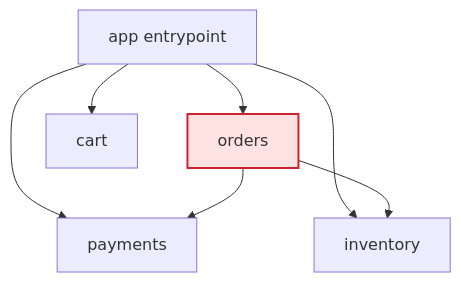
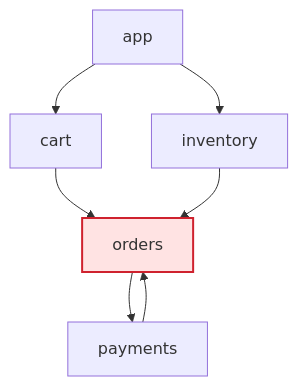
The second of 3 diagrams in examples/orders-service/index.md (sina-heidariaan/tornhill), drawn with Mermaid before and after one commit. The commit also changed other lines of this file and 11 other files, not shown here.

First line of the commit message:
feat: architecture engine — deterministic miners, risk join, renderer, /tornhill skill

````diff
--- a/examples/orders-service/index.md
+++ b/examples/orders-service/index.md
@@ -36,13 +40,20 @@
 ```mermaid
 flowchart TB
-  app[app entrypoint]
-  ord[orders]:::hot
-  cart[cart]
-  pay[payments]
-  inv[inventory]
-  app --> ord & cart & pay & inv
-  ord --> pay & inv
-  click ord href "src/orders/orders.service.ts"
-  click pay href "src/payments/payments.service.ts"
+  src_app[app]
+  src_cart[cart]
+  src_inventory[inventory]
+  src_orders[orders]:::hot
+  src_payments[payments]
+  src_app --> src_cart
+  src_app --> src_inventory
+  src_cart --> src_orders
+  src_inventory --> src_orders
+  src_orders --> src_payments
+  src_payments --> src_orders
+  click src_app href "src/app"
+  click src_cart href "src/cart"
+  click src_inventory href "src/inventory"
+  click src_orders href "src/orders"
+  click src_payments href "src/payments"
   classDef hot fill:#ffe3e3,stroke:#cf222e,stroke-width:2px;
 ```
````
